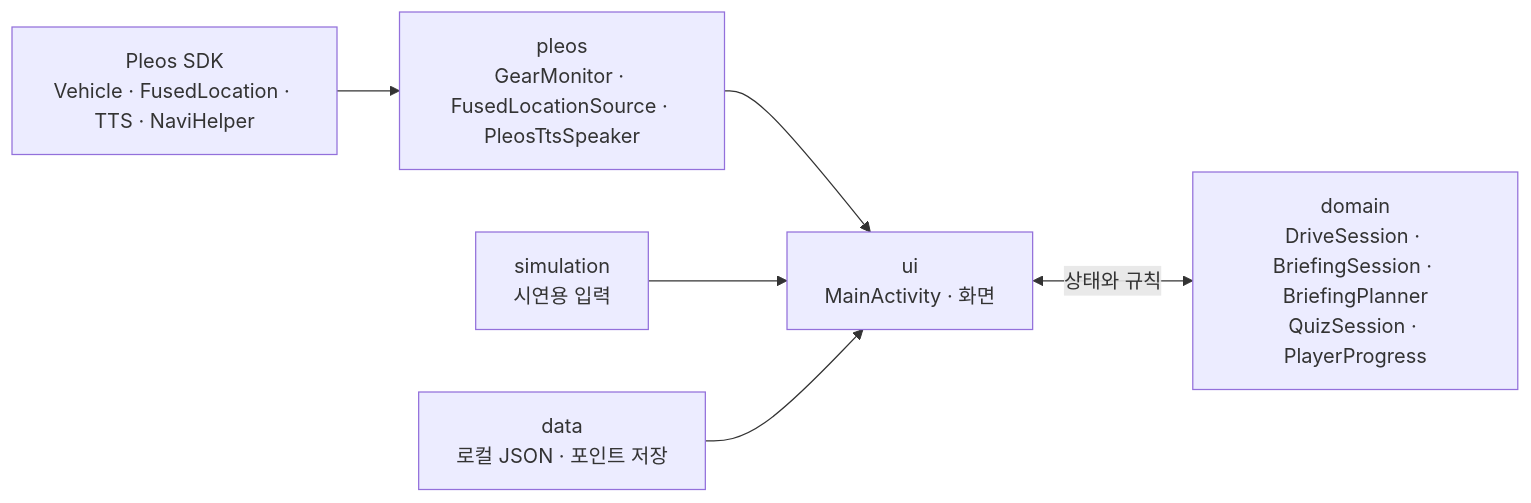
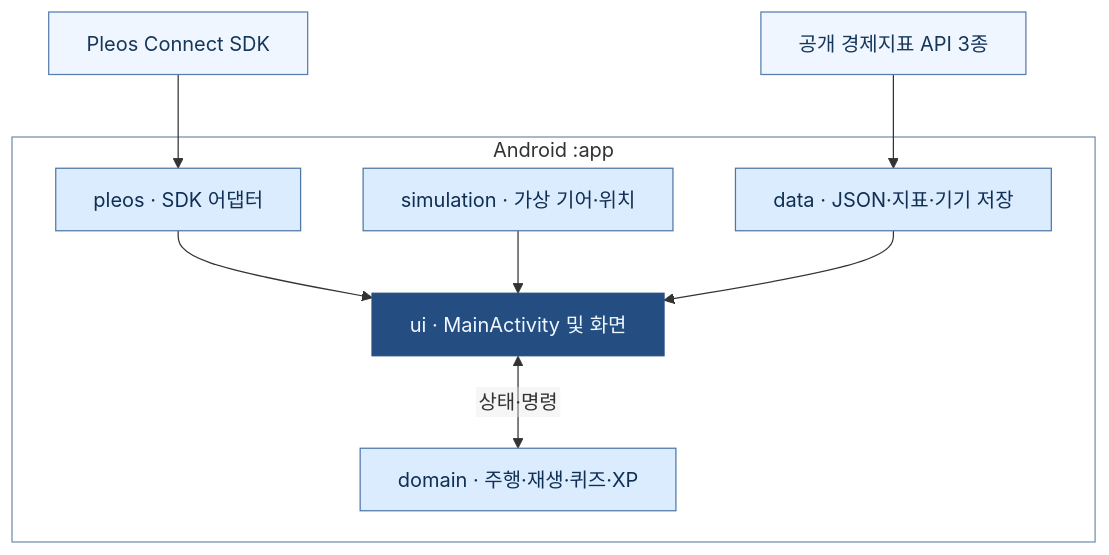
Before and after one commit to beolene1/ROUTEONOMY: the second of 2 diagrams in README.md, drawn with Mermaid. The commit also changed other lines of this file and 1 other file, not shown here.

````diff
--- a/README.md
+++ b/README.md
@@ -131,14 +167,33 @@
 ```mermaid
-flowchart LR
-    SDK["Pleos SDK<br/>Vehicle · FusedLocation · TTS · NaviHelper"]
-    Pleos["pleos<br/>GearMonitor · FusedLocationSource · PleosTtsSpeaker"]
-    Simulation["simulation<br/>시연용 입력"]
-    Data["data<br/>로컬 JSON · 포인트 저장"]
-    Activity["ui<br/>MainActivity · 화면"]
-    Domain["domain<br/>DriveSession · BriefingSession · BriefingPlanner<br/>QuizSession · PlayerProgress"]
+---
+config:
+  htmlLabels: false
+---
+flowchart TB
+    sdk["Pleos Connect SDK"]
+    api["공개 경제지표 API 3종"]
 
-    SDK --> Pleos --> Activity
-    Simulation --> Activity
-    Data --> Activity
-    Activity <-->|"상태와 규칙"| Domain
+    subgraph app ["Android :app"]
+        pleos["pleos · SDK 어댑터"]
+        sim["simulation · 가상 기어·위치"]
+        data["data · JSON·지표·기기 저장"]
+        ui["ui · MainActivity 및 화면"]
+        domain["domain · 주행·재생·퀴즈·XP"]
+
+        pleos --> ui
+        sim --> ui
+        data --> ui
+        ui <-->|"상태·명령"| domain
+    end
+
+    sdk --> pleos
+    api --> data
+
+    classDef external fill:#eff6ff,stroke:#577ead,color:#16365a
+    classDef pkg fill:#dcecff,stroke:#4f78a8,color:#102f53
+    classDef hub fill:#244e81,stroke:#244e81,color:#f0f7ff
+    class sdk,api external
+    class pleos,sim,data,domain pkg
+    class ui hub
+    style app fill:none,stroke:#738eac
 ```
````
